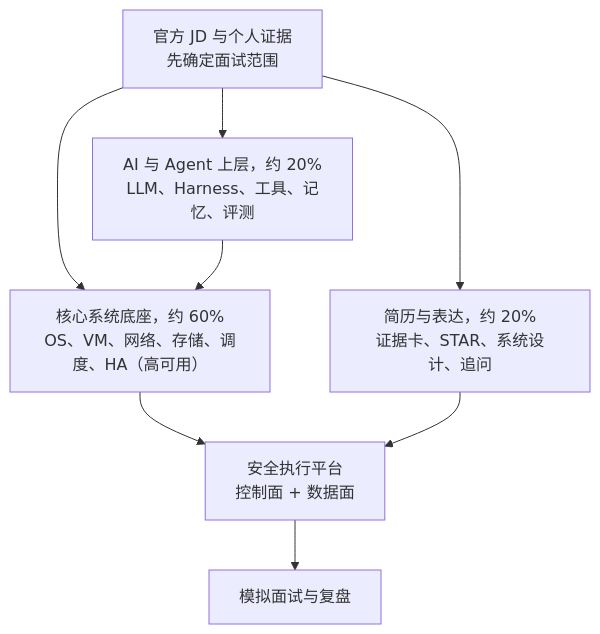
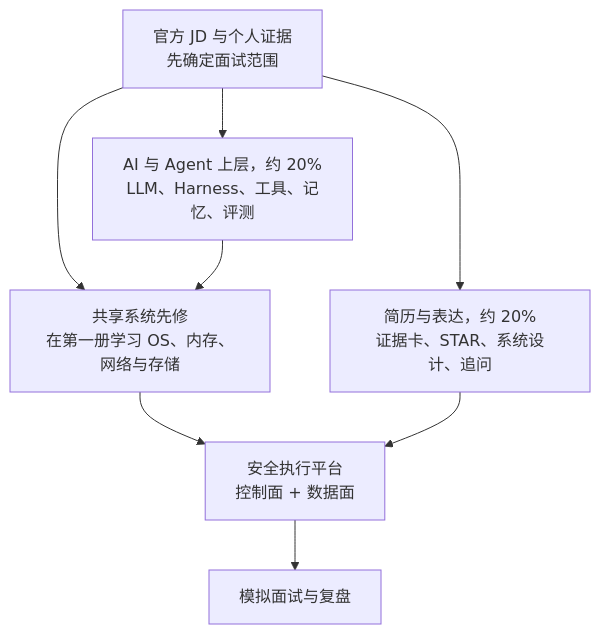
Before and after one commit to xizheyin/hft-book-rs: the diagram in books/ai/src/README.md, drawn with Mermaid. The commit also changed other lines of this file and 64 other files, not shown here.

````diff
--- a/books/ai/src/README.md
+++ b/books/ai/src/README.md
@@ -13,10 +13,10 @@
 ```mermaid
 flowchart TD
-    A["官方 JD 与个人证据<br/>先确定面试范围"] --> B["核心系统底座，约 60%<br/>OS、VM、网络、存储、调度、HA（高可用）"]
+    A["官方 JD 与个人证据<br/>先确定面试范围"] --> B["共享系统先修<br/>在第一册学习 OS、内存、网络与存储"]
     A --> C["AI 与 Agent 上层，约 20%<br/>LLM、Harness、工具、记忆、评测"]
     A --> D["简历与表达，约 20%<br/>证据卡、STAR、系统设计、追问"]
     C --> B
     B --> E["安全执行平台<br/>控制面 + 数据面"]
     D --> E
     E --> F["模拟面试与复盘"]
 ```
````
